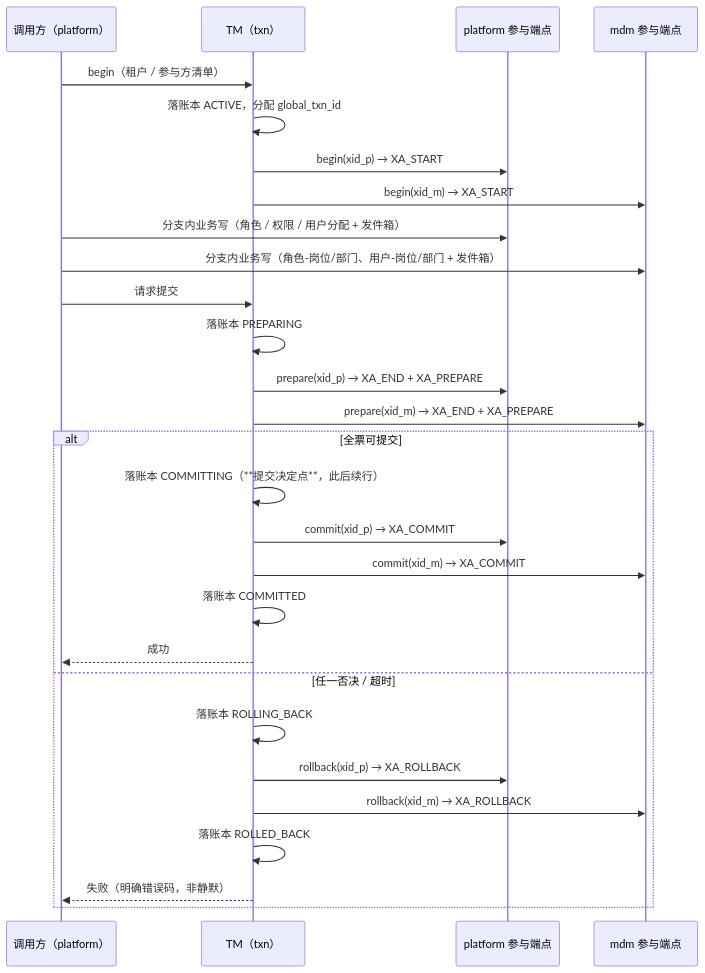
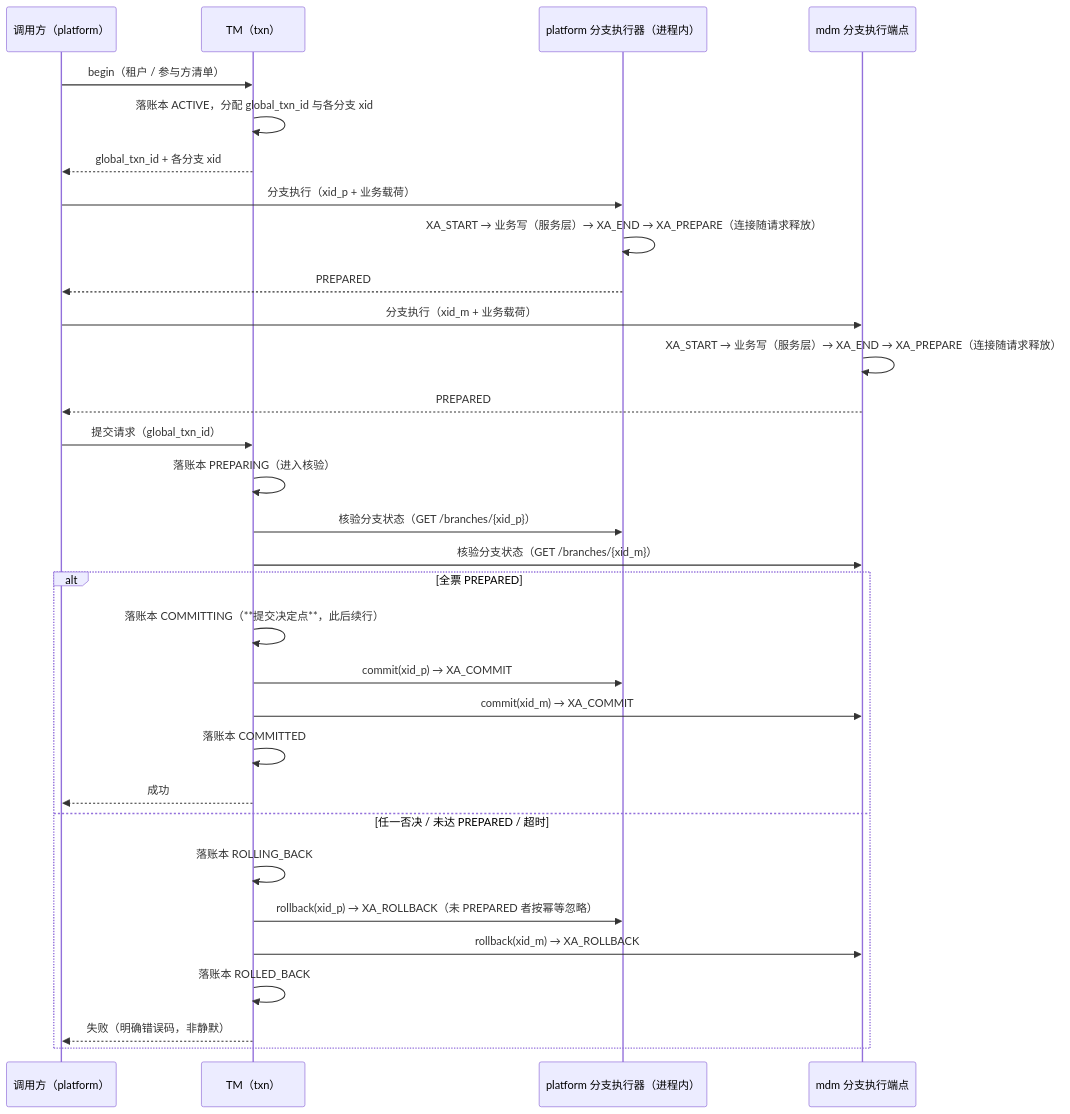
The second of 2 diagrams in bms文档/项目/02_后端基座与服务化地基/任务/05_服务间通信与一致性/05_服务间通信与一致性_07_跨服务事务管理器强一致专项/设计/01_详细设计_07_跨服务事务管理器强一致专项.md (minjian123/basic-management-system), drawn with Mermaid before and after one commit. The commit also changed other lines of this file and 2 other files, not shown here.

````diff
--- a/bms文档/项目/02_后端基座与服务化地基/任务/05_服务间通信与一致性/05_服务间通信与一致性_07_跨服务事务管理器强一致专项/设计/01_详细设计_07_跨服务事务管理器强一致专项.md
+++ b/bms文档/项目/02_后端基座与服务化地基/任务/05_服务间通信与一致性/05_服务间通信与一致性_07_跨服务事务管理器强一致专项/设计/01_详细设计_07_跨服务事务管理器强一致专项.md
@@ -75,30 +77,33 @@
 ```mermaid
 sequenceDiagram
     participant B as 调用方（platform）
     participant T as TM（txn）
-    participant P as platform 参与端点
-    participant M as mdm 参与端点
+    participant P as platform 分支执行器（进程内）
+    participant M as mdm 分支执行端点
     B->>T: begin（租户 / 参与方清单）
-    T->>T: 落账本 ACTIVE，分配 global_txn_id
-    T->>P: begin(xid_p) → XA_START
-    T->>M: begin(xid_m) → XA_START
-    B->>P: 分支内业务写（角色 / 权限 / 用户分配 + 发件箱）
-    B->>M: 分支内业务写（角色-岗位/部门、用户-岗位/部门 + 发件箱）
-    B->>T: 请求提交
-    T->>T: 落账本 PREPARING
-    T->>P: prepare(xid_p) → XA_END + XA_PREPARE
-    T->>M: prepare(xid_m) → XA_END + XA_PREPARE
-    alt 全票可提交
+    T->>T: 落账本 ACTIVE，分配 global_txn_id 与各分支 xid
+    T-->>B: global_txn_id + 各分支 xid
+    B->>P: 分支执行（xid_p + 业务载荷）
+    P->>P: XA_START → 业务写（服务层）→ XA_END → XA_PREPARE（连接随请求释放）
+    P-->>B: PREPARED
+    B->>M: 分支执行（xid_m + 业务载荷）
+    M->>M: XA_START → 业务写（服务层）→ XA_END → XA_PREPARE（连接随请求释放）
+    M-->>B: PREPARED
+    B->>T: 提交请求（global_txn_id）
+    T->>T: 落账本 PREPARING（进入核验）
+    T->>P: 核验分支状态（GET /branches/{xid_p}）
+    T->>M: 核验分支状态（GET /branches/{xid_m}）
+    alt 全票 PREPARED
         T->>T: 落账本 COMMITTING（**提交决定点**，此后续行）
         T->>P: commit(xid_p) → XA_COMMIT
         T->>M: commit(xid_m) → XA_COMMIT
         T->>T: 落账本 COMMITTED
         T-->>B: 成功
-    else 任一否决 / 超时
+    else 任一否决 / 未达 PREPARED / 超时
         T->>T: 落账本 ROLLING_BACK
-        T->>P: rollback(xid_p) → XA_ROLLBACK
+        T->>P: rollback(xid_p) → XA_ROLLBACK（未 PREPARED 者按幂等忽略）
         T->>M: rollback(xid_m) → XA_ROLLBACK
         T->>T: 落账本 ROLLED_BACK
         T-->>B: 失败（明确错误码，非静默）
     end
 ```
````
